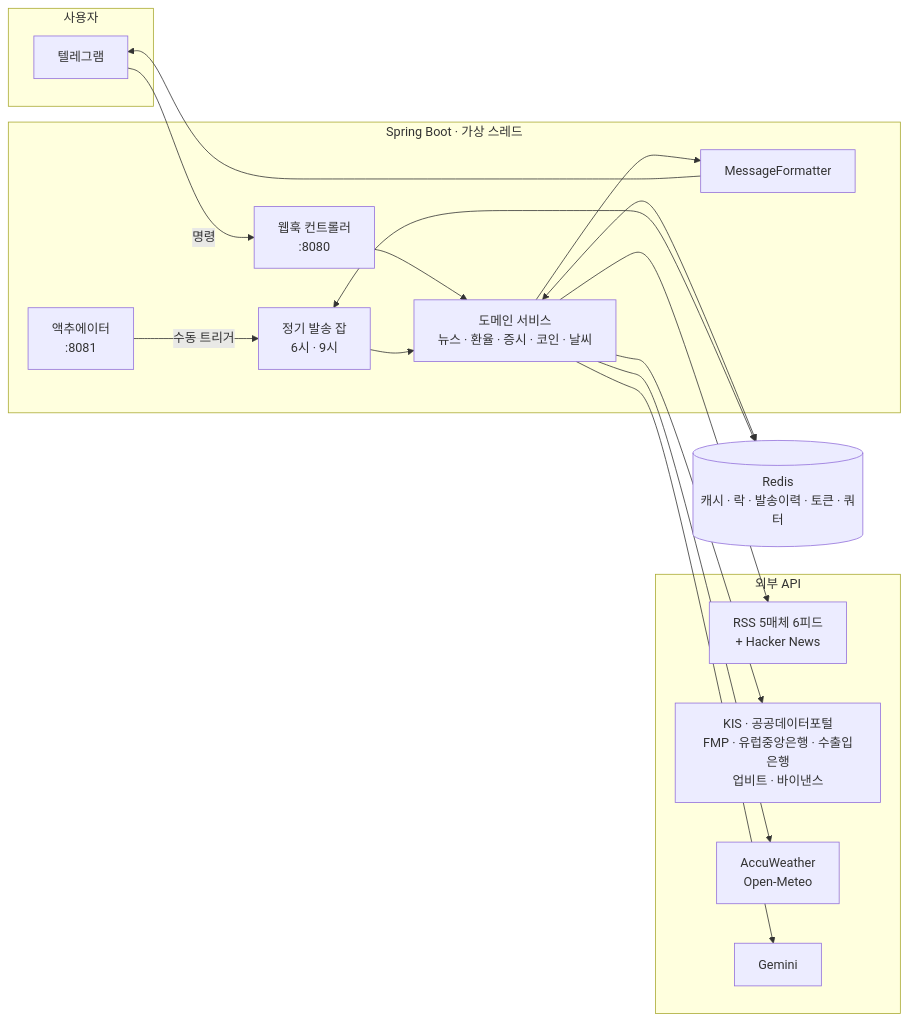
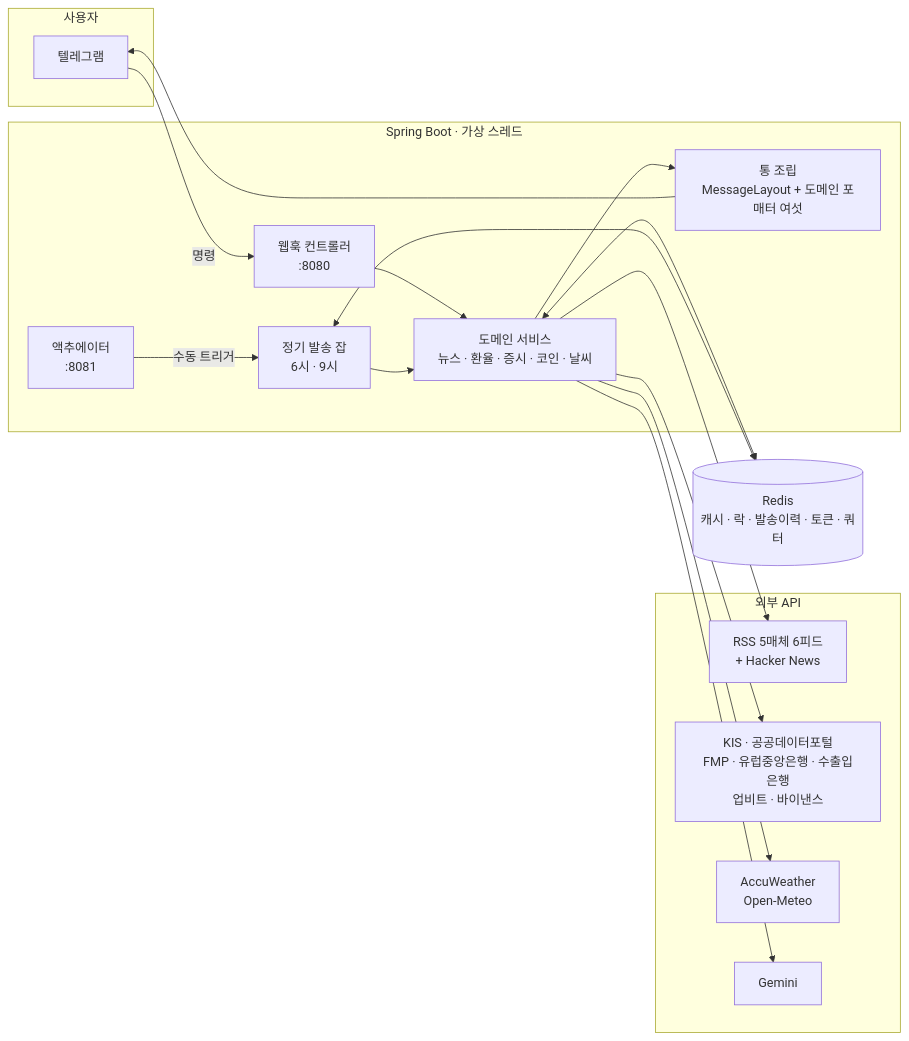
One commit to zero3402/economy-helper changed the first of 4 diagrams in ARCHITECTURE.md. Above: the diagram before and after it, drawn with Mermaid. The commit also changed other lines of this file and 76 other files, not shown here.

````diff
--- a/ARCHITECTURE.md
+++ b/ARCHITECTURE.md
@@ -84,31 +99,31 @@
 ```mermaid
 flowchart LR
     subgraph 사용자
       TG[텔레그램]
     end
 
     subgraph 앱 [Spring Boot · 가상 스레드]
       WH[웹훅 컨트롤러<br/>:8080]
       JOB[정기 발송 잡<br/>6시 · 9시]
       ACT[액추에이터<br/>:8081]
       SVC[도메인 서비스<br/>뉴스 · 환율 · 증시 · 코인 · 날씨]
-      FMT[MessageFormatter]
+      FMT[통 조립<br/>MessageLayout + 도메인 포매터 여섯]
     end
 
     R[(Redis<br/>캐시 · 락 · 발송이력 · 토큰 · 쿼터)]
 
     subgraph 밖 [외부 API]
       N[RSS 5매체 6피드<br/>+ Hacker News]
       M[KIS · 공공데이터포털<br/>FMP · 유럽중앙은행 · 수출입은행<br/>업비트 · 바이낸스]
       W[AccuWeather<br/>Open-Meteo]
       G[Gemini]
     end
 
     TG -->|명령| WH --> SVC
     JOB --> SVC
     ACT -->|수동 트리거| JOB
     SVC --> FMT --> TG
     SVC <--> R
     JOB <--> R
     SVC --> N & M & W & G
 ```
````
